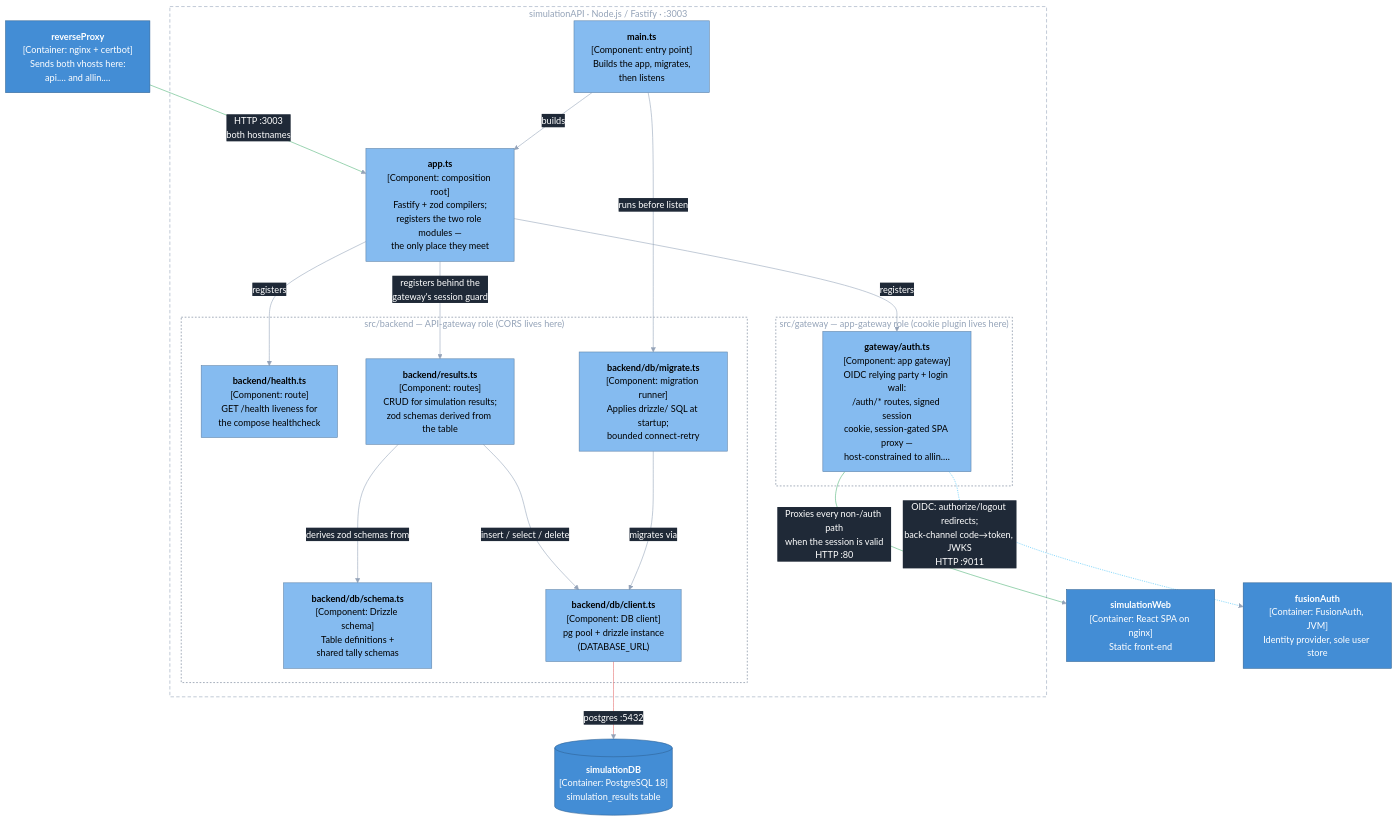
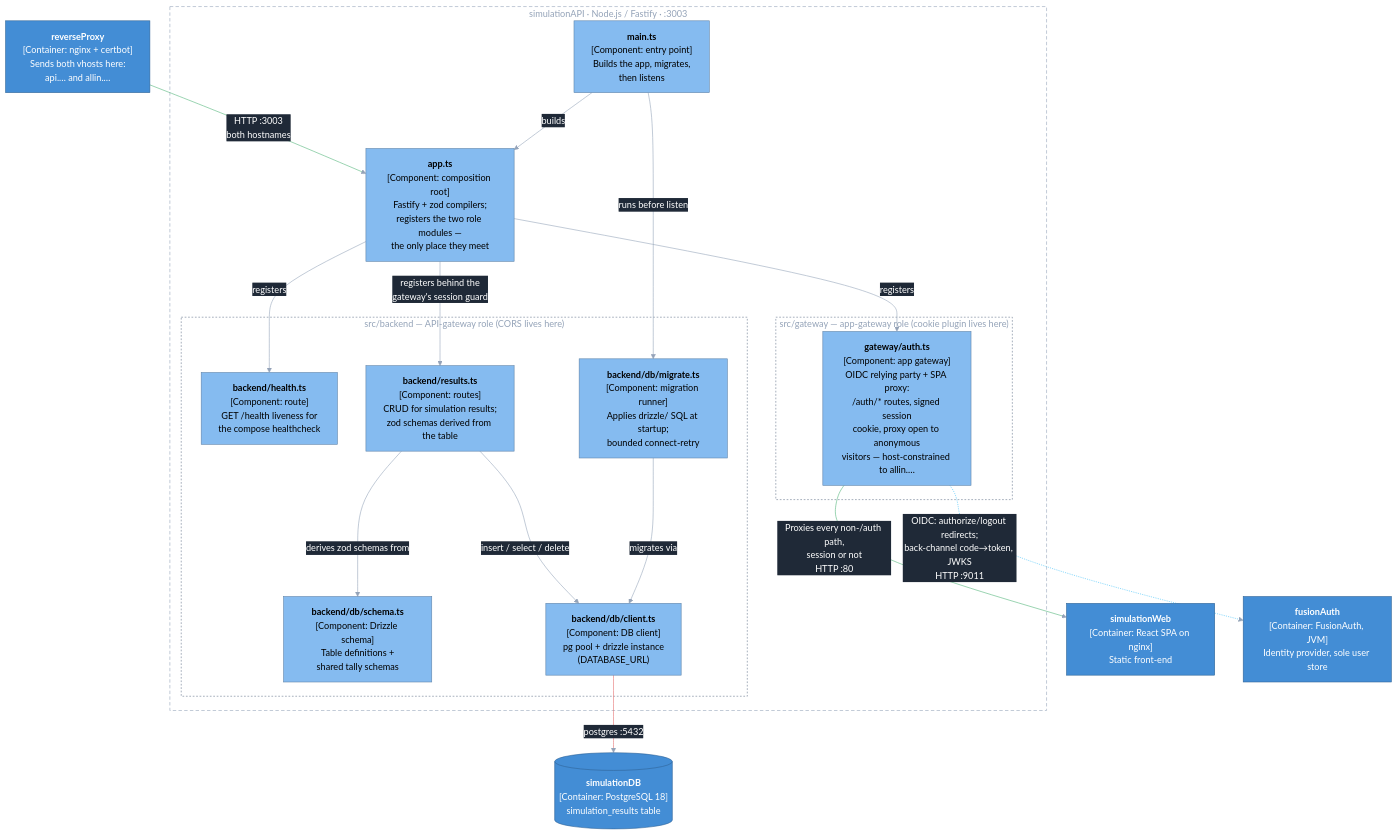
Before and after one commit to jbframe/big-equity: the diagram in containers/simulationAPI/README.md, drawn with Mermaid. The commit also changed other lines of this file and 14 other files, not shown here.

First line of the commit message:
Make login optional; persist to DB only when signed in

````diff
--- a/containers/simulationAPI/README.md
+++ b/containers/simulationAPI/README.md
@@ -136,51 +138,51 @@
 ```mermaid
 %%{init: {'themeVariables': {'edgeLabelBackground': '#1f2937'}}}%%
 graph TB
     Proxy["<b>reverseProxy</b><br/>[Container: nginx + certbot]<br/>Sends both vhosts here:<br/>api.… and allin.…"]
     Web["<b>simulationWeb</b><br/>[Container: React SPA on nginx]<br/>Static front-end"]
     Auth["<b>fusionAuth</b><br/>[Container: FusionAuth, JVM]<br/>Identity provider, sole user store"]
     DB[("<b>simulationDB</b><br/>[Container: PostgreSQL 18]<br/>simulation_results table")]
 
     subgraph API["simulationAPI · Node.js / Fastify · :3003"]
         Main["<b>main.ts</b><br/>[Component: entry point]<br/>Builds the app, migrates,<br/>then listens"]
         App["<b>app.ts</b><br/>[Component: composition root]<br/>Fastify + zod compilers;<br/>registers the two role modules —<br/>the only place they meet"]
 
         subgraph GWM["src/gateway — app-gateway role (cookie plugin lives here)"]
-            Gateway["<b>gateway/auth.ts</b><br/>[Component: app gateway]<br/>OIDC relying party + login wall:<br/>/auth/* routes, signed session<br/>cookie, session-gated SPA proxy —<br/>host-constrained to allin.…"]
+            Gateway["<b>gateway/auth.ts</b><br/>[Component: app gateway]<br/>OIDC relying party + SPA proxy:<br/>/auth/* routes, signed session<br/>cookie, proxy open to anonymous<br/>visitors — host-constrained to allin.…"]
         end
 
         subgraph BEM["src/backend — API-gateway role (CORS lives here)"]
             Health["<b>backend/health.ts</b><br/>[Component: route]<br/>GET /health liveness for<br/>the compose healthcheck"]
             Results["<b>backend/results.ts</b><br/>[Component: routes]<br/>CRUD for simulation results;<br/>zod schemas derived from the table"]
             Schema["<b>backend/db/schema.ts</b><br/>[Component: Drizzle schema]<br/>Table definitions +<br/>shared tally schemas"]
             Client["<b>backend/db/client.ts</b><br/>[Component: DB client]<br/>pg pool + drizzle instance<br/>(DATABASE_URL)"]
             Migrate["<b>backend/db/migrate.ts</b><br/>[Component: migration runner]<br/>Applies drizzle/ SQL at startup;<br/>bounded connect-retry"]
         end
     end
 
     Proxy -- "HTTP :3003<br/>both hostnames" --> App
     Main -- "builds" --> App
     Main -- "runs before listen" --> Migrate
     App -- "registers" --> Health
     App -- "registers" --> Gateway
     App -- "registers behind the<br/>gateway's session guard" --> Results
     Gateway -. "OIDC: authorize/logout redirects;<br/>back-channel code→token, JWKS<br/>HTTP :9011" .-> Auth
-    Gateway -- "Proxies every non-/auth path<br/>when the session is valid<br/>HTTP :80" --> Web
+    Gateway -- "Proxies every non-/auth path,<br/>session or not<br/>HTTP :80" --> Web
     Results -- "insert / select / delete" --> Client
     Results -- "derives zod schemas from" --> Schema
     Migrate -- "migrates via" --> Client
     Client -- "postgres :5432" --> DB
 
     classDef component fill:#85bbf0,stroke:#5d82a8,color:#000000
     classDef container fill:#438dd5,stroke:#2e6295,color:#ffffff
     class Main,App,Health,Gateway,Results,Schema,Client,Migrate component
     class Proxy,Web,Auth,DB container
     style API fill:transparent,stroke:#94a3b8,stroke-dasharray:6 4,color:#94a3b8
     style GWM fill:transparent,stroke:#64748b,stroke-dasharray:3 3,color:#94a3b8
     style BEM fill:transparent,stroke:#64748b,stroke-dasharray:3 3,color:#94a3b8
 
     linkStyle default stroke:#94a3b8,color:#ffffff
     linkStyle 0,7 stroke:#4fb477
     linkStyle 6 stroke:#38bdf8
     linkStyle 11 stroke:#e46e6e
 ```
````
